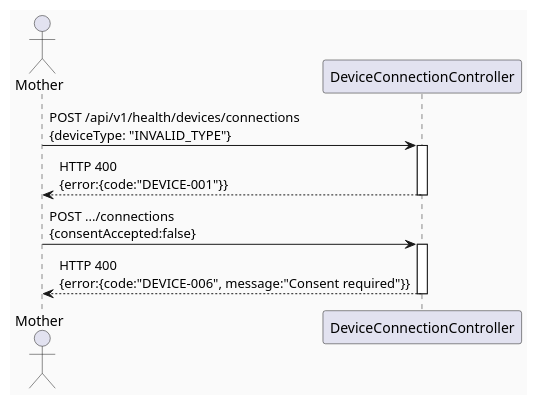
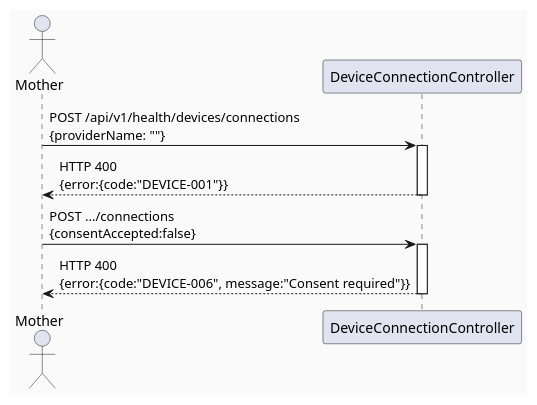
The fourth of 5 diagrams in 04_Implement/UC66_ConnectHealthDevice/UC66_ConnectHealthDevice_TDS.md (ChuongBDHE172784/CareBridge_SEP490_G79), drawn with PlantUML before and after one commit. The commit also changed other lines of this file and 95 other files, not shown here.

````diff
--- a/04_Implement/UC66_ConnectHealthDevice/UC66_ConnectHealthDevice_TDS.md
+++ b/04_Implement/UC66_ConnectHealthDevice/UC66_ConnectHealthDevice_TDS.md
@@ -417,17 +395,17 @@
 ```plantuml
 @startuml UC66_SequenceDiagram_ErrorPath
 skinparam backgroundColor #FAFAFA
 actor "Mother" as Client
 participant "DeviceConnectionController" as Controller
 
-Client -> Controller : POST /api/v1/health/devices/connections\n{deviceType: "INVALID_TYPE"}
+Client -> Controller : POST /api/v1/health/devices/connections\n{providerName: ""}
 activate Controller
 Controller --> Client : HTTP 400\n{error:{code:"DEVICE-001"}}
 deactivate Controller
 
 Client -> Controller : POST .../connections\n{consentAccepted:false}
 activate Controller
 Controller --> Client : HTTP 400\n{error:{code:"DEVICE-006", message:"Consent required"}}
 deactivate Controller
 @enduml
 ```
````
